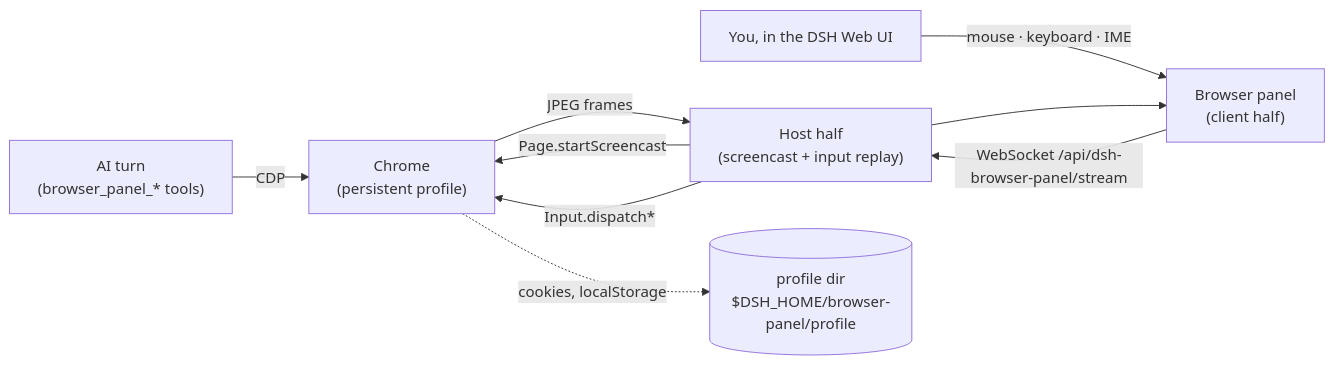
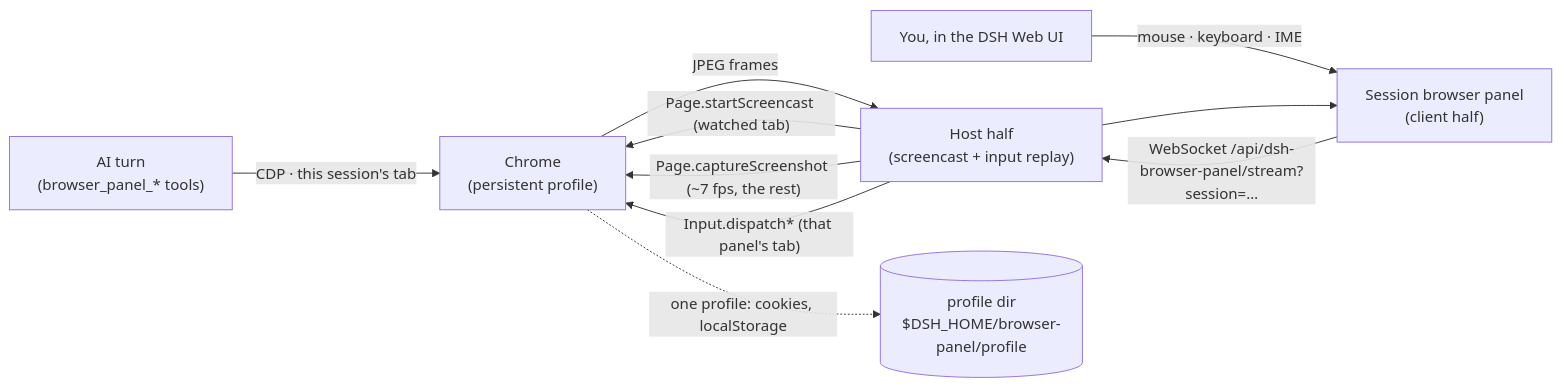
Before and after one commit to imroc/dsh-browser-panel: the diagram in README.md, drawn with Mermaid. The commit also changed other lines of this file and 3 other files, not shown here.

````diff
--- a/README.md
+++ b/README.md
@@ -41,10 +42,11 @@
 ```mermaid
 flowchart LR
-  AI["AI turn<br/>(browser_panel_* tools)"] -->|CDP| B["Chrome<br/>(persistent profile)"]
-  H["You, in the DSH Web UI"] -->|"mouse · keyboard · IME"| P["Browser panel<br/>(client half)"]
-  P -->|"WebSocket /api/dsh-browser-panel/stream"| S["Host half<br/>(screencast + input replay)"]
-  S -->|"Page.startScreencast"| B
-  S -->|"Input.dispatch*"| B
+  AI["AI turn<br/>(browser_panel_* tools)"] -->|"CDP · this session's tab"| B["Chrome<br/>(persistent profile)"]
+  H["You, in the DSH Web UI"] -->|"mouse · keyboard · IME"| P["Session browser panel<br/>(client half)"]
+  P -->|"WebSocket /api/dsh-browser-panel/stream?session=…"| S["Host half<br/>(screencast + input replay)"]
+  S -->|"Page.startScreencast (watched tab)"| B
+  S -->|"Page.captureScreenshot (~7 fps, the rest)"| B
+  S -->|"Input.dispatch* (that panel's tab)"| B
   B -->|"JPEG frames"| S --> P
-  B -.->|"cookies, localStorage"| D[("profile dir<br/>$DSH_HOME/browser-panel/profile")]
+  B -.->|"one profile: cookies, localStorage"| D[("profile dir<br/>$DSH_HOME/browser-panel/profile")]
 ```
````
